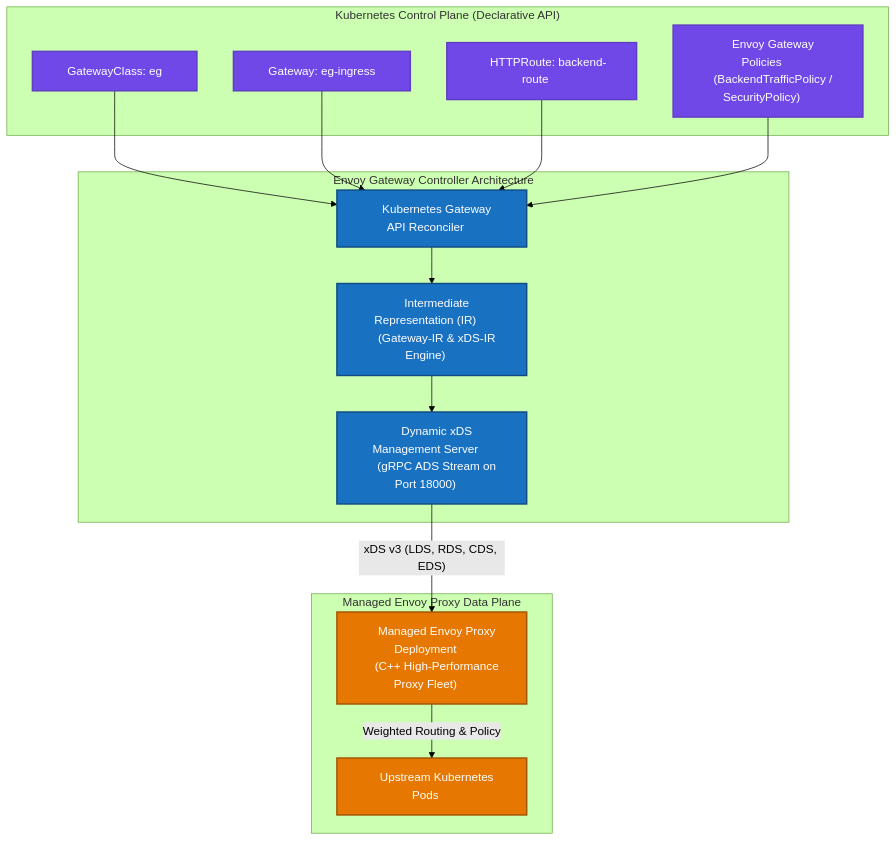
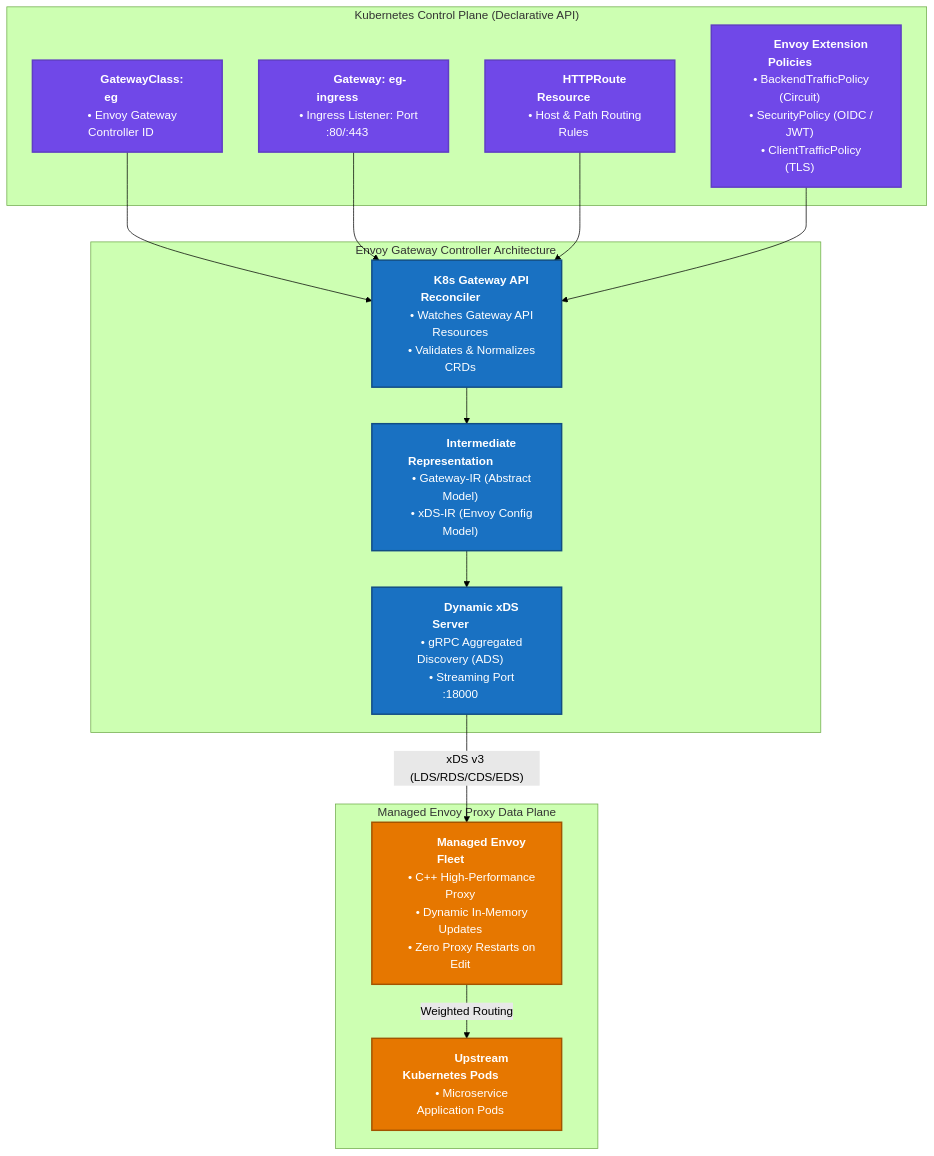
The fifth of 8 diagrams in README.md (nubenetes/cloudnative-ingress-mesh-lab), drawn with Mermaid (forest theme) before and after one commit. The commit also changed other lines of this file, not shown here.

Commit message:
fix(readme): enlarge boxes and break text lines across diagrams to prevent text truncation

````diff
--- a/README.md
+++ b/README.md
@@ -443,32 +451,35 @@
 ```mermaid
 flowchart TD
-    subgraph KubernetesK8s ["&nbsp;&nbsp;Kubernetes Control Plane (Declarative API)&nbsp;&nbsp;"]
-        GWClass["&nbsp;&nbsp;&nbsp;&nbsp;GatewayClass: eg&nbsp;&nbsp;&nbsp;&nbsp;"]
-        GW["&nbsp;&nbsp;&nbsp;&nbsp;Gateway: eg-ingress&nbsp;&nbsp;&nbsp;&nbsp;"]
-        HRoute["&nbsp;&nbsp;&nbsp;&nbsp;HTTPRoute: backend-route&nbsp;&nbsp;&nbsp;&nbsp;"]
-        Policies["&nbsp;&nbsp;&nbsp;&nbsp;Envoy Gateway Policies&nbsp;&nbsp;&nbsp;&nbsp;<br/>&nbsp;&nbsp;&nbsp;&nbsp;(BackendTrafficPolicy / SecurityPolicy)&nbsp;&nbsp;&nbsp;&nbsp;"]
+    subgraph KubernetesK8s ["&nbsp;&nbsp;&nbsp;&nbsp;&nbsp;&nbsp;&nbsp;&nbsp;&nbsp;&nbsp;&nbsp;&nbsp;Kubernetes Control Plane (Declarative API)&nbsp;&nbsp;&nbsp;&nbsp;&nbsp;&nbsp;&nbsp;&nbsp;&nbsp;&nbsp;&nbsp;&nbsp;"]
+        GWClass["&nbsp;&nbsp;&nbsp;&nbsp;&nbsp;&nbsp;&nbsp;&nbsp;&nbsp;&nbsp;<b>GatewayClass: eg</b>&nbsp;&nbsp;&nbsp;&nbsp;&nbsp;&nbsp;&nbsp;&nbsp;&nbsp;&nbsp;<br/>&nbsp;&nbsp;&nbsp;&nbsp;• Envoy Gateway Controller ID&nbsp;&nbsp;&nbsp;&nbsp;"]
+        GW["&nbsp;&nbsp;&nbsp;&nbsp;&nbsp;&nbsp;&nbsp;&nbsp;&nbsp;&nbsp;<b>Gateway: eg-ingress</b>&nbsp;&nbsp;&nbsp;&nbsp;&nbsp;&nbsp;&nbsp;&nbsp;&nbsp;&nbsp;<br/>&nbsp;&nbsp;&nbsp;&nbsp;• Ingress Listener: Port :80/:443&nbsp;&nbsp;&nbsp;&nbsp;"]
+        HRoute["&nbsp;&nbsp;&nbsp;&nbsp;&nbsp;&nbsp;&nbsp;&nbsp;&nbsp;&nbsp;<b>HTTPRoute Resource</b>&nbsp;&nbsp;&nbsp;&nbsp;&nbsp;&nbsp;&nbsp;&nbsp;&nbsp;&nbsp;<br/>&nbsp;&nbsp;&nbsp;&nbsp;• Host & Path Routing Rules&nbsp;&nbsp;&nbsp;&nbsp;"]
+        Policies["&nbsp;&nbsp;&nbsp;&nbsp;&nbsp;&nbsp;&nbsp;&nbsp;&nbsp;&nbsp;<b>Envoy Extension Policies</b>&nbsp;&nbsp;&nbsp;&nbsp;&nbsp;&nbsp;&nbsp;&nbsp;&nbsp;&nbsp;<br/>&nbsp;&nbsp;&nbsp;&nbsp;• BackendTrafficPolicy (Circuit)&nbsp;&nbsp;&nbsp;&nbsp;<br/>&nbsp;&nbsp;&nbsp;&nbsp;• SecurityPolicy (OIDC / JWT)&nbsp;&nbsp;&nbsp;&nbsp;<br/>&nbsp;&nbsp;&nbsp;&nbsp;• ClientTrafficPolicy (TLS)&nbsp;&nbsp;&nbsp;&nbsp;"]
     end
 
-    subgraph EGControlPlane ["&nbsp;&nbsp;Envoy Gateway Controller Architecture&nbsp;&nbsp;"]
-        K8sTranslator["&nbsp;&nbsp;&nbsp;&nbsp;Kubernetes Gateway API Reconciler&nbsp;&nbsp;&nbsp;&nbsp;"]
-        IR["&nbsp;&nbsp;&nbsp;&nbsp;Intermediate Representation (IR)&nbsp;&nbsp;&nbsp;&nbsp;<br/>&nbsp;&nbsp;&nbsp;&nbsp;(Gateway-IR & xDS-IR Engine)&nbsp;&nbsp;&nbsp;&nbsp;"]
-        xDSServer["&nbsp;&nbsp;&nbsp;&nbsp;Dynamic xDS Management Server&nbsp;&nbsp;&nbsp;&nbsp;<br/>&nbsp;&nbsp;&nbsp;&nbsp;(gRPC ADS Stream on Port 18000)&nbsp;&nbsp;&nbsp;&nbsp;"]
+    subgraph EGControlPlane ["&nbsp;&nbsp;&nbsp;&nbsp;&nbsp;&nbsp;&nbsp;&nbsp;&nbsp;&nbsp;&nbsp;&nbsp;Envoy Gateway Controller Architecture&nbsp;&nbsp;&nbsp;&nbsp;&nbsp;&nbsp;&nbsp;&nbsp;&nbsp;&nbsp;&nbsp;&nbsp;"]
+        K8sTranslator["&nbsp;&nbsp;&nbsp;&nbsp;&nbsp;&nbsp;&nbsp;&nbsp;&nbsp;&nbsp;<b>K8s Gateway API Reconciler</b>&nbsp;&nbsp;&nbsp;&nbsp;&nbsp;&nbsp;&nbsp;&nbsp;&nbsp;&nbsp;<br/>&nbsp;&nbsp;&nbsp;&nbsp;• Watches Gateway API Resources&nbsp;&nbsp;&nbsp;&nbsp;<br/>&nbsp;&nbsp;&nbsp;&nbsp;• Validates & Normalizes CRDs&nbsp;&nbsp;&nbsp;&nbsp;"]
+        
+        IR["&nbsp;&nbsp;&nbsp;&nbsp;&nbsp;&nbsp;&nbsp;&nbsp;&nbsp;&nbsp;<b>Intermediate Representation</b>&nbsp;&nbsp;&nbsp;&nbsp;&nbsp;&nbsp;&nbsp;&nbsp;&nbsp;&nbsp;<br/>&nbsp;&nbsp;&nbsp;&nbsp;• Gateway-IR (Abstract Model)&nbsp;&nbsp;&nbsp;&nbsp;<br/>&nbsp;&nbsp;&nbsp;&nbsp;• xDS-IR (Envoy Config Model)&nbsp;&nbsp;&nbsp;&nbsp;"]
+        
+        xDSServer["&nbsp;&nbsp;&nbsp;&nbsp;&nbsp;&nbsp;&nbsp;&nbsp;&nbsp;&nbsp;<b>Dynamic xDS Server</b>&nbsp;&nbsp;&nbsp;&nbsp;&nbsp;&nbsp;&nbsp;&nbsp;&nbsp;&nbsp;<br/>&nbsp;&nbsp;&nbsp;&nbsp;• gRPC Aggregated Discovery (ADS)&nbsp;&nbsp;&nbsp;&nbsp;<br/>&nbsp;&nbsp;&nbsp;&nbsp;• Streaming Port :18000&nbsp;&nbsp;&nbsp;&nbsp;"]
         
         GWClass & GW & HRoute & Policies --> K8sTranslator
         K8sTranslator --> IR
         IR --> xDSServer
     end
 
-    subgraph EGDataPlane ["&nbsp;&nbsp;Managed Envoy Proxy Data Plane&nbsp;&nbsp;"]
-        xDSServer -->|"xDS v3 (LDS, RDS, CDS, EDS)"| EnvoyFleet["&nbsp;&nbsp;&nbsp;&nbsp;Managed Envoy Proxy Deployment&nbsp;&nbsp;&nbsp;&nbsp;<br/>&nbsp;&nbsp;&nbsp;&nbsp;(C++ High-Performance Proxy Fleet)&nbsp;&nbsp;&nbsp;&nbsp;"]
-        EnvoyFleet -->|"Weighted Routing & Policy"| Upstream["&nbsp;&nbsp;&nbsp;&nbsp;Upstream Kubernetes Pods&nbsp;&nbsp;&nbsp;&nbsp;"]
+    subgraph EGDataPlane ["&nbsp;&nbsp;&nbsp;&nbsp;&nbsp;&nbsp;&nbsp;&nbsp;&nbsp;&nbsp;&nbsp;&nbsp;Managed Envoy Proxy Data Plane&nbsp;&nbsp;&nbsp;&nbsp;&nbsp;&nbsp;&nbsp;&nbsp;&nbsp;&nbsp;&nbsp;&nbsp;"]
+        xDSServer -->|"xDS v3 (LDS/RDS/CDS/EDS)"| EnvoyFleet["&nbsp;&nbsp;&nbsp;&nbsp;&nbsp;&nbsp;&nbsp;&nbsp;&nbsp;&nbsp;<b>Managed Envoy Fleet</b>&nbsp;&nbsp;&nbsp;&nbsp;&nbsp;&nbsp;&nbsp;&nbsp;&nbsp;&nbsp;<br/>&nbsp;&nbsp;&nbsp;&nbsp;• C++ High-Performance Proxy&nbsp;&nbsp;&nbsp;&nbsp;<br/>&nbsp;&nbsp;&nbsp;&nbsp;• Dynamic In-Memory Updates&nbsp;&nbsp;&nbsp;&nbsp;<br/>&nbsp;&nbsp;&nbsp;&nbsp;• Zero Proxy Restarts on Edit&nbsp;&nbsp;&nbsp;&nbsp;"]
+        
+        EnvoyFleet -->|"Weighted Routing"| Upstream["&nbsp;&nbsp;&nbsp;&nbsp;&nbsp;&nbsp;&nbsp;&nbsp;&nbsp;&nbsp;<b>Upstream Kubernetes Pods</b>&nbsp;&nbsp;&nbsp;&nbsp;&nbsp;&nbsp;&nbsp;&nbsp;&nbsp;&nbsp;<br/>&nbsp;&nbsp;&nbsp;&nbsp;• Microservice Application Pods&nbsp;&nbsp;&nbsp;&nbsp;"]
     end
 
     classDef k8s fill:#7048e8,stroke:#5f3dc4,stroke-width:2px,color:#fff;
     classDef eg fill:#1971c2,stroke:#114d84,stroke-width:2px,color:#fff;
     classDef envoy fill:#e67700,stroke:#a35400,stroke-width:2px,color:#fff;
 
     class GWClass,GW,HRoute,Policies k8s;
     class K8sTranslator,IR,xDSServer eg;
     class EnvoyFleet,Upstream envoy;
 ```
````
